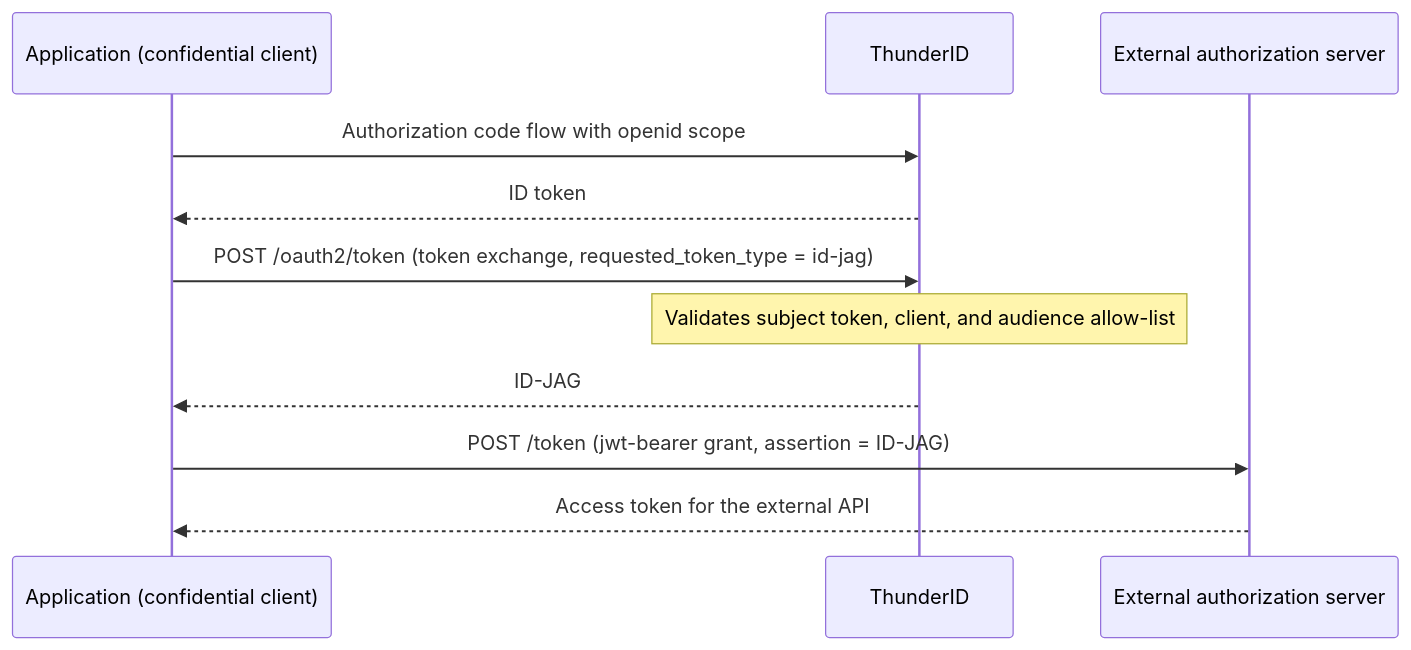
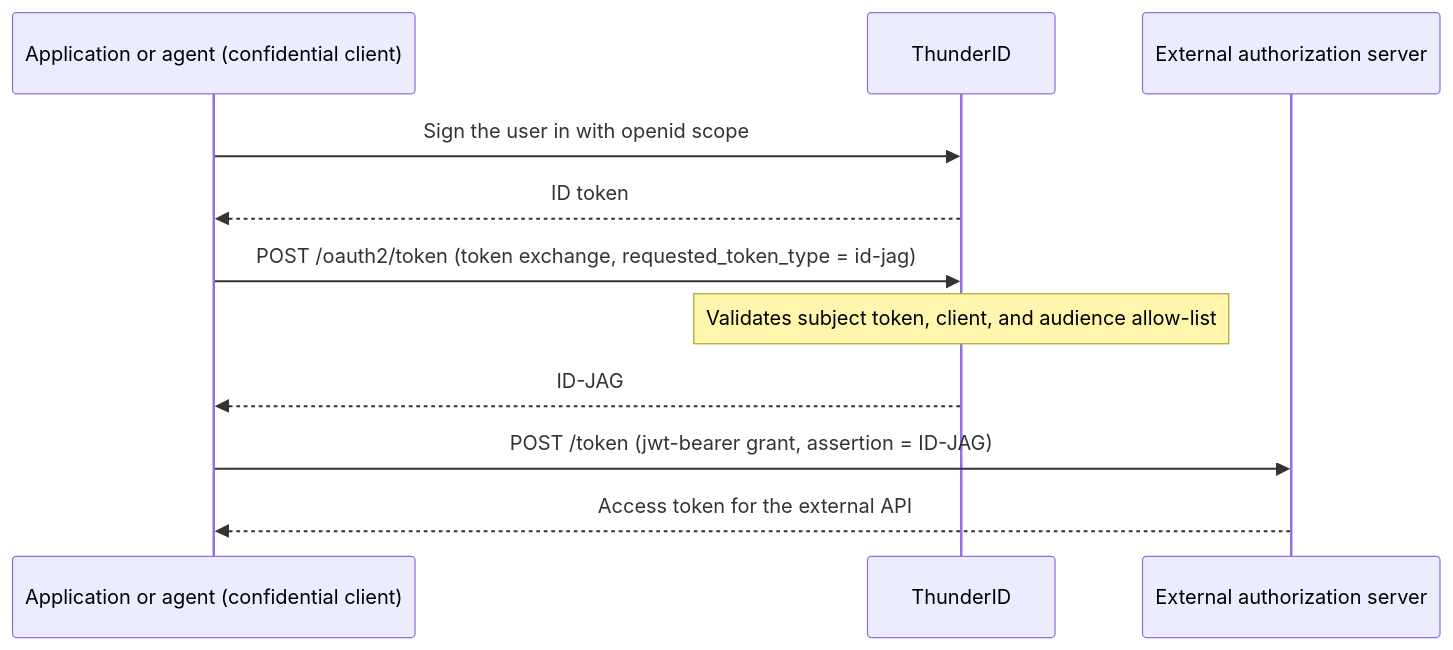
One commit to thiva-k/thunder changed the diagram in docs/content/guides/protocols/oauth-oidc/identity-assertion-grant/issue-identity-assertions.mdx. Above: the diagram before and after it, drawn with Mermaid. The commit also changed other lines of this file and 41 other files, not shown here.

````diff
--- a/docs/content/guides/protocols/oauth-oidc/identity-assertion-grant/issue-identity-assertions.mdx
+++ b/docs/content/guides/protocols/oauth-oidc/identity-assertion-grant/issue-identity-assertions.mdx
@@ -26,14 +31,14 @@
 ```mermaid
 sequenceDiagram
-    participant App as Application (confidential client)
+    participant App as Application or agent (confidential client)
     participant TID as ThunderID
     participant EXT as External authorization server
 
-    App->>TID: Authorization code flow with openid scope
+    App->>TID: Sign the user in with openid scope
     TID-->>App: ID token
     App->>TID: POST /oauth2/token (token exchange, requested_token_type = id-jag)
     Note over TID: Validates subject token, client, and audience allow-list
     TID-->>App: ID-JAG
     App->>EXT: POST /token (jwt-bearer grant, assertion = ID-JAG)
     EXT-->>App: Access token for the external API
 ```
````
